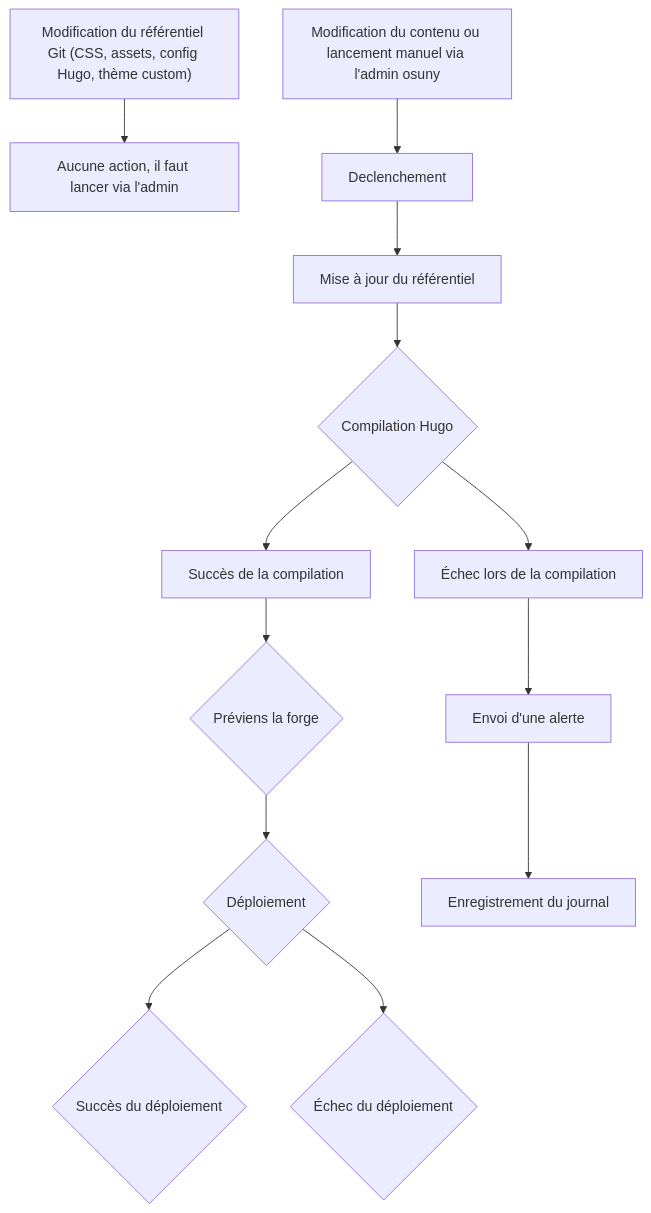
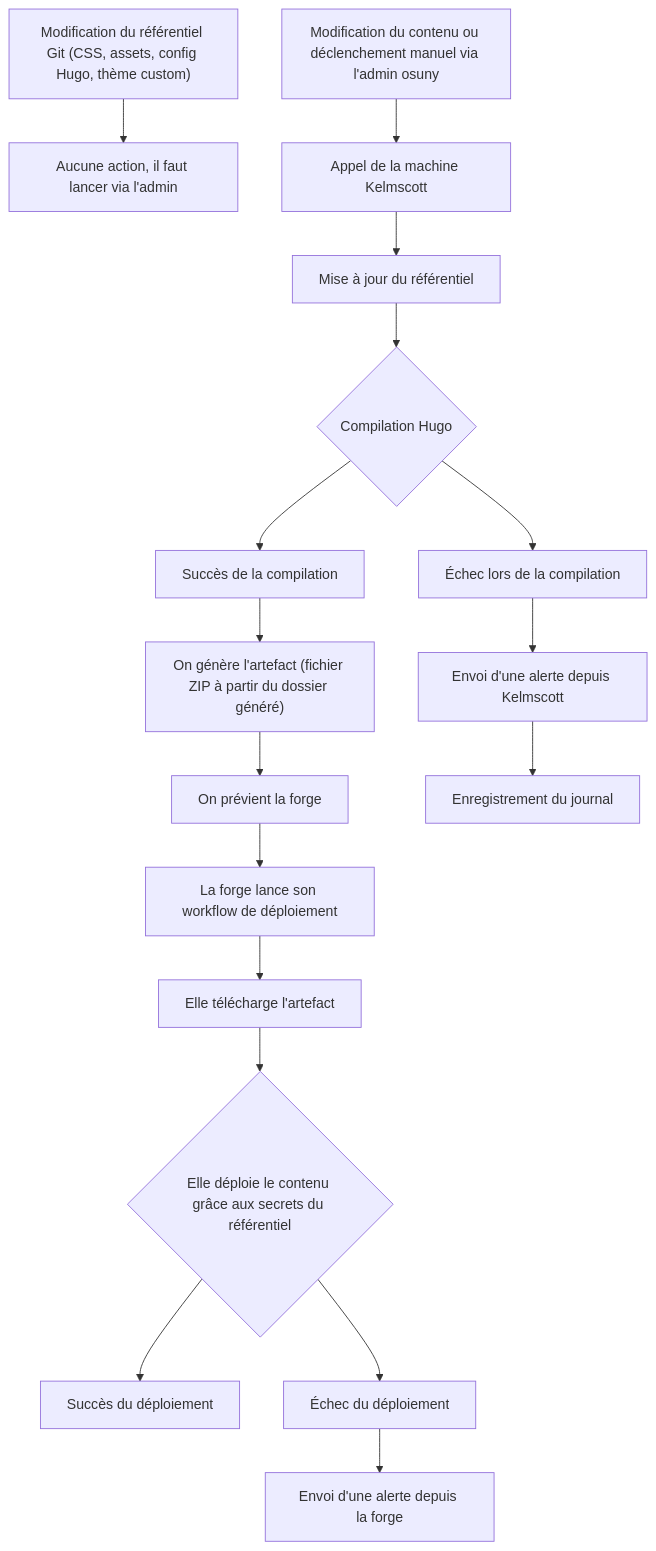
The second of 2 diagrams in content/docs/admin/sites-web/publisher/_index.md (osunyorg/developers), drawn with Mermaid before and after one commit. The commit also changed other lines of this file, not shown here.

````diff
--- a/content/docs/admin/sites-web/publisher/_index.md
+++ b/content/docs/admin/sites-web/publisher/_index.md
@@ -58,26 +57,29 @@
 ```mermaid
 graph TD;
-  ModifRepo-->Rien
-  Admin-->Declenchement
-  Declenchement-->GitPull-->Compilation
-  Compilation-->CompilationOk-->WarnForge
-  Compilation-->CompilationKo-->Alerte
-  WarnForge-->Deploiement
+  ModifRepo-->AucunDeclenchement
+  Admin-->AppelKelmscott-->GitPull-->Compilation
+  Compilation-->CompilationOk-->GenerationArtefact-->WarnForge
+  Compilation-->CompilationKo-->AlerteCompilation-->Log
+  WarnForge-->WorkflowForge-->TelechargementArtefact-->Deploiement
   Deploiement-->DeploiementOk
-  Deploiement-->DeploiementKo
-  Alerte-->Log
+  Deploiement-->DeploiementKo-->AlerteDeploiement
 
   ModifRepo["Modification du référentiel Git (CSS, assets, config Hugo, thème custom)"]
-  Rien["Aucune action, il faut lancer via l'admin"]
-  Admin["Modification du contenu ou lancement manuel via l'admin osuny"]
+  AucunDeclenchement["Aucune action, il faut lancer via l'admin"]
+  Admin["Modification du contenu ou déclenchement manuel via l'admin osuny"]
+  AppelKelmscott["Appel de la machine Kelmscott"]
   GitPull["Mise à jour du référentiel"]
   Compilation{"Compilation Hugo"}
   CompilationOk["Succès de la compilation"]
   CompilationKo["Échec lors de la compilation"]
-  WarnForge{"Préviens la forge"}
-  Deploiement{"Déploiement"}
-  DeploiementOk{"Succès du déploiement"}
-  DeploiementKo{"Échec du déploiement"}
-  Alerte["Envoi d'une alerte"]
+  GenerationArtefact["On génère l'artefact (fichier ZIP à partir du dossier généré)"]
+  WarnForge["On prévient la forge"]
+  WorkflowForge["La forge lance son workflow de déploiement"]
+  TelechargementArtefact["Elle télécharge l'artefact"]
+  Deploiement{"Elle déploie le contenu grâce aux secrets du référentiel"}
+  DeploiementOk["Succès du déploiement"]
+  DeploiementKo["Échec du déploiement"]
+  AlerteCompilation["Envoi d'une alerte depuis Kelmscott"]
+  AlerteDeploiement["Envoi d'une alerte depuis la forge"]
   Log["Enregistrement du journal"]
 ```
````
